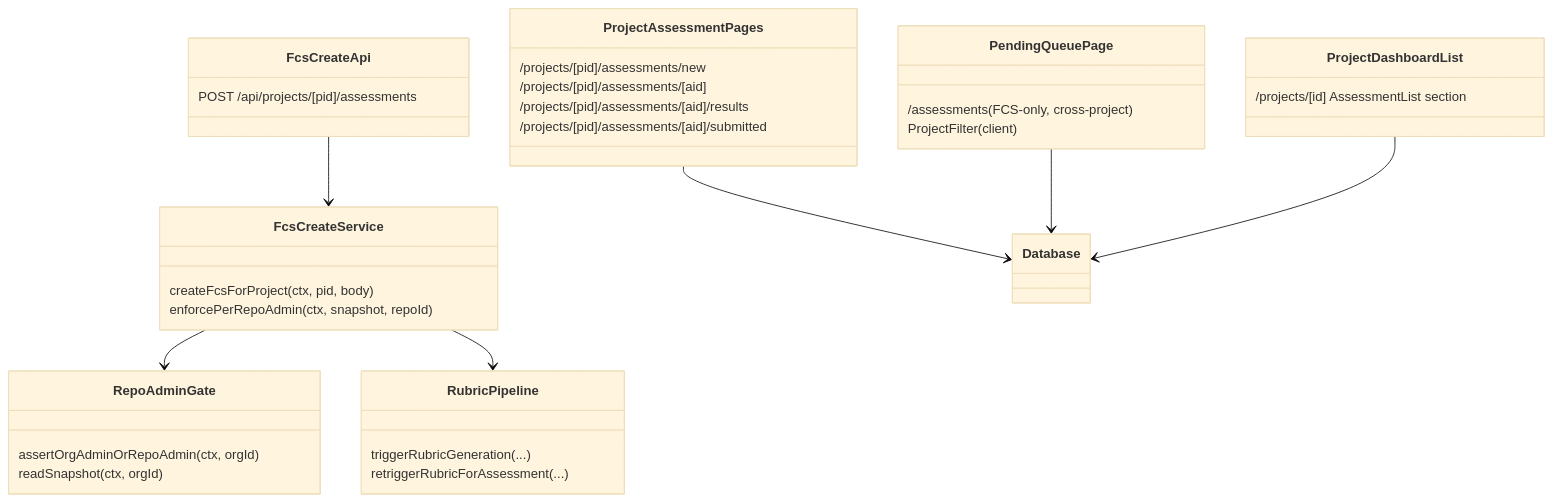
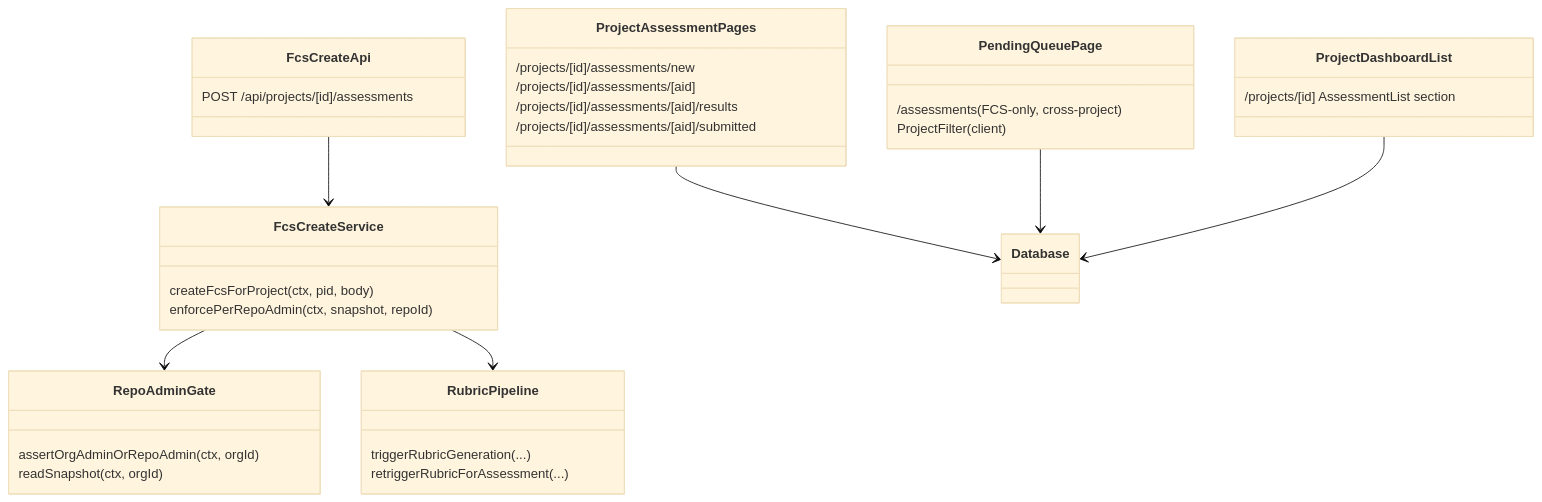
Before and after one commit to mironyx/feature-comprehension-score: the fifth of 6 diagrams in docs/design/lld-v11-e11-2-fcs-scoped-to-projects.md, drawn with Mermaid (base theme). The commit also changed other lines of this file and 3 other files, not shown here.

````diff
--- a/docs/design/lld-v11-e11-2-fcs-scoped-to-projects.md
+++ b/docs/design/lld-v11-e11-2-fcs-scoped-to-projects.md
@@ -107,37 +120,37 @@
 ```mermaid
 classDiagram
   class FcsCreateApi {
-    POST /api/projects/[pid]/assessments
+    POST /api/projects/[id]/assessments
   }
   class FcsCreateService {
     createFcsForProject(ctx, pid, body)
     enforcePerRepoAdmin(ctx, snapshot, repoId)
   }
   class RubricPipeline {
     triggerRubricGeneration(...)
     retriggerRubricForAssessment(...)
   }
   class ProjectAssessmentPages {
-    /projects/[pid]/assessments/new
-    /projects/[pid]/assessments/[aid]
-    /projects/[pid]/assessments/[aid]/results
-    /projects/[pid]/assessments/[aid]/submitted
+    /projects/[id]/assessments/new
+    /projects/[id]/assessments/[aid]
+    /projects/[id]/assessments/[aid]/results
+    /projects/[id]/assessments/[aid]/submitted
   }
   class PendingQueuePage {
     /assessments (FCS-only, cross-project)
     ProjectFilter (client)
   }
   class ProjectDashboardList {
     /projects/[id] AssessmentList section
   }
   class RepoAdminGate {
     assertOrgAdminOrRepoAdmin(ctx, orgId)
     readSnapshot(ctx, orgId)
   }
   FcsCreateApi --> FcsCreateService
   FcsCreateService --> RepoAdminGate
   FcsCreateService --> RubricPipeline
   ProjectAssessmentPages --> Database
   PendingQueuePage --> Database
   ProjectDashboardList --> Database
 ```
````
